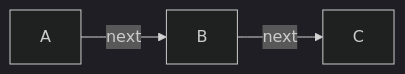
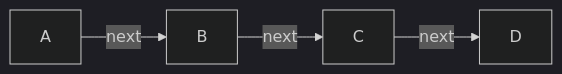
The diagram in zettelkasten/Singly Linked List.md (ChrisW-priv/PersonalVault), drawn with Mermaid (dark theme) before and after one commit. The commit also changed 1 other file, not shown here.

Commit message:
vault backup: 2022-12-07 19:33:37

````diff
--- a/zettelkasten/Singly Linked List.md
+++ b/zettelkasten/Singly Linked List.md
@@ -10,4 +10,4 @@
 ```mermaid
 flowchart LR
-    A -->|next| B -->|next| C
+    A -->|next| B -->|next| C -->|next| D
 ```
````
